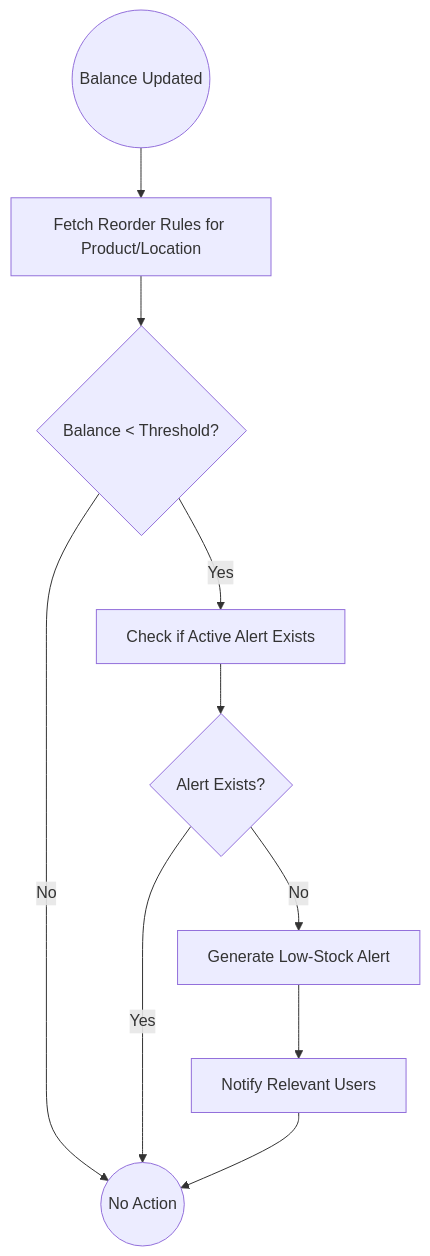
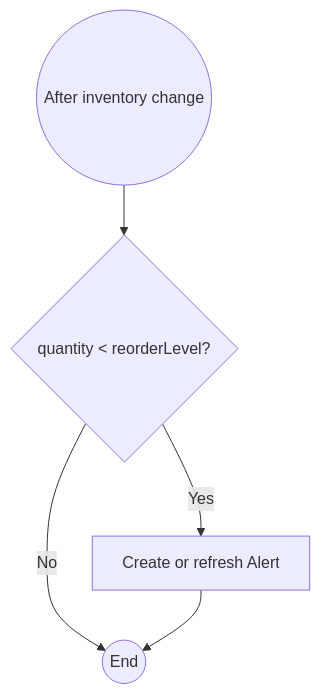
One commit to kirtika-0102/StockSmart changed the eighth of 11 diagrams in docs/application-flow.md. Above: the diagram before and after it, drawn with Mermaid. The commit also changed other lines of this file and 74 other files, not shown here.

Commit message:
architecture of application

````diff
--- a/docs/application-flow.md
+++ b/docs/application-flow.md
@@ -195,12 +98,7 @@
 ```mermaid
 flowchart TD
-    Start((Balance Updated)) --> FetchRules[Fetch Reorder Rules for Product/Location]
-    FetchRules --> CheckThreshold{Balance < Threshold?}
-    CheckThreshold -- No --> End((No Action))
-    CheckThreshold -- Yes --> CheckAlert[Check if Active Alert Exists]
-    CheckAlert --> HasAlert{Alert Exists?}
-    HasAlert -- Yes --> End
-    HasAlert -- No --> CreateAlert[Generate Low-Stock Alert]
-    CreateAlert --> Notify[Notify Relevant Users]
-    Notify --> End
+    Start((After inventory change)) --> Cmp{quantity < reorderLevel?}
+    Cmp -->|Yes| Alert[Create or refresh Alert]
+    Cmp -->|No| End((End))
+    Alert --> End
 ```
````
